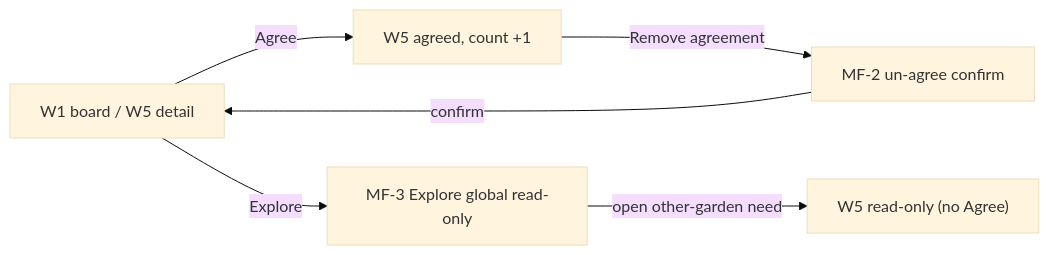
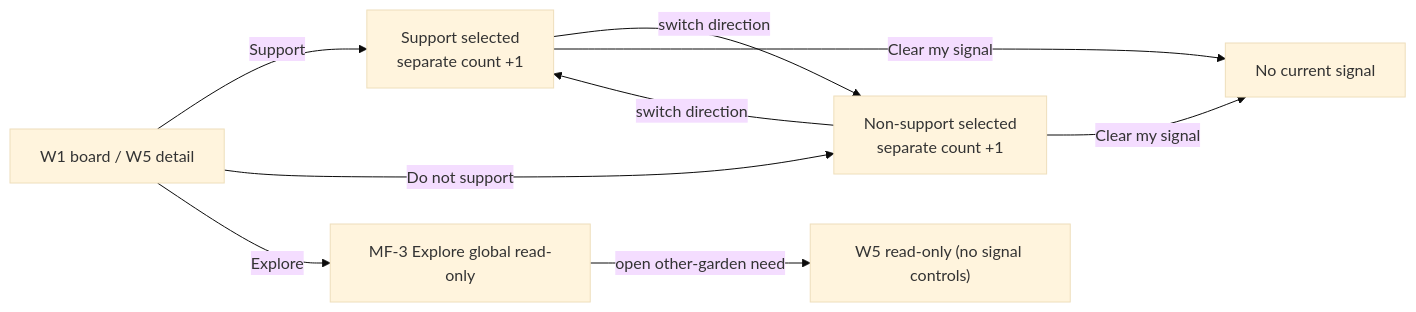
Before and after one commit to greenpill-dev-guild/green-goods: the fourth of 17 diagrams in .plans/active/community-interface/prototypes.md, drawn with Mermaid (base theme). The commit also changed other lines of this file and 35 other files, not shown here.

Commit message:
refactor(shared,client): streamline cross-package application flows

````diff
--- a/.plans/active/community-interface/prototypes.md
+++ b/.plans/active/community-interface/prototypes.md
@@ -127,8 +127,11 @@
 ```mermaid
 flowchart LR
-  A["W1 board / W5 detail"] -->|"Agree"| B["W5 agreed, count +1"]
-  B -->|"Remove agreement"| C["MF-2 un-agree confirm"]
-  C -->|"confirm"| A
-  A -->|"Explore"| D["MF-3 Explore global read-only"]
-  D -->|"open other-garden need"| E["W5 read-only (no Agree)"]
+  A["W1 board / W5 detail"] -->|"Support"| B["Support selected<br/>separate count +1"]
+  A -->|"Do not support"| C["Non-support selected<br/>separate count +1"]
+  B -->|"switch direction"| C
+  C -->|"switch direction"| B
+  B -->|"Clear my signal"| CLEAR["No current signal"]
+  C -->|"Clear my signal"| CLEAR
+  A -->|"Explore"| EXPLORE["MF-3 Explore global read-only"]
+  EXPLORE -->|"open other-garden need"| E["W5 read-only (no signal controls)"]
 ```
````
